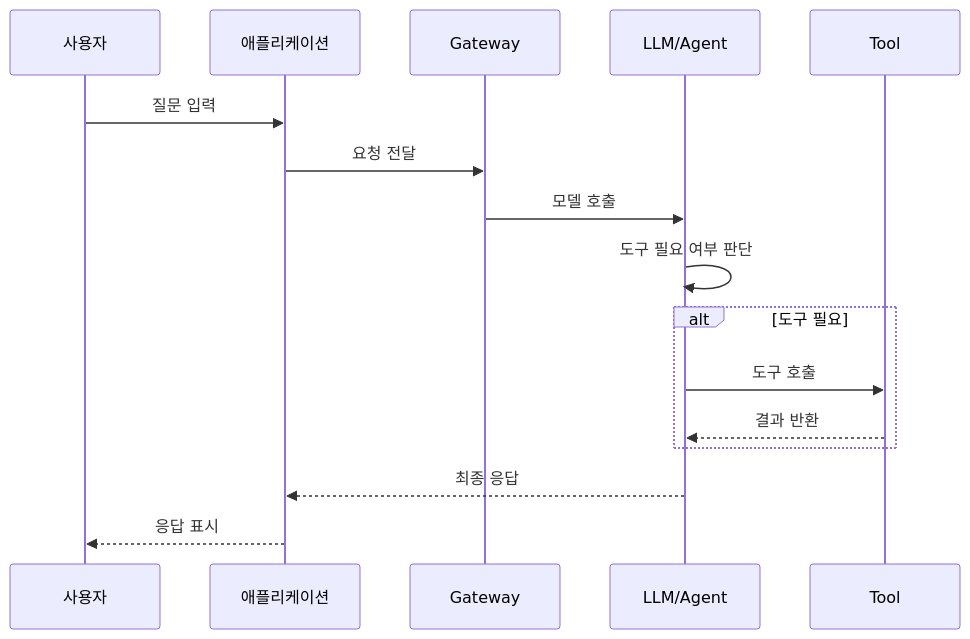
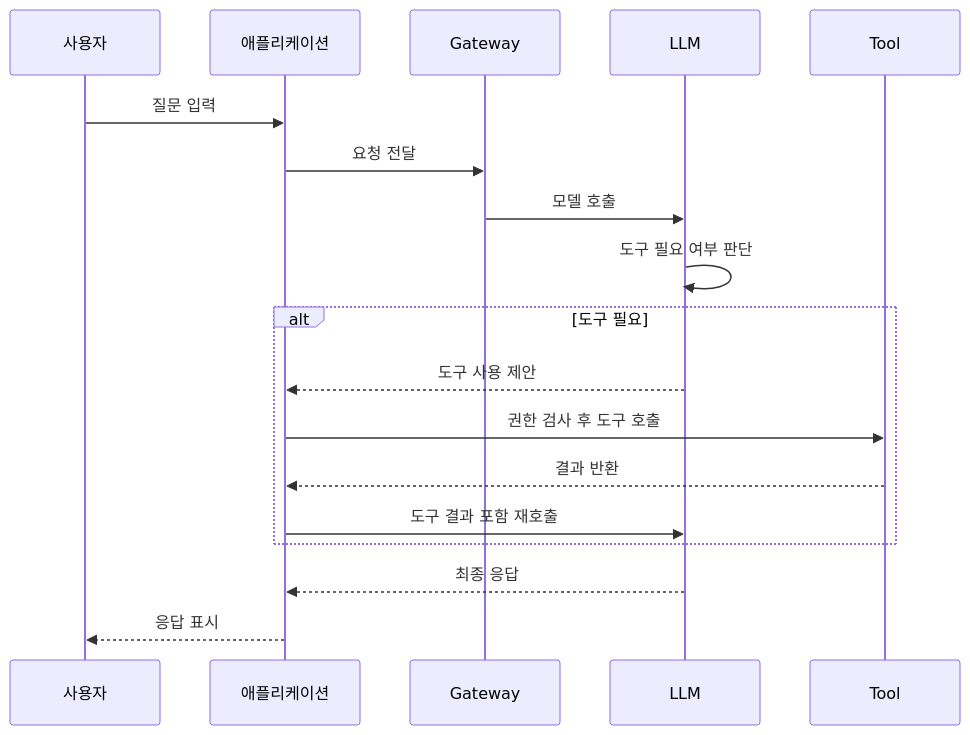
The fifth of 9 diagrams in ai_gateway_rag_memory_learning_book.md (dev-len/private-docs), drawn with Mermaid before and after one commit. The commit also changed other lines of this file, not shown here.

````diff
--- a/ai_gateway_rag_memory_learning_book.md
+++ b/ai_gateway_rag_memory_learning_book.md
@@ -474,19 +512,21 @@
 ```mermaid
 sequenceDiagram
     participant U as 사용자
     participant A as 애플리케이션
     participant G as Gateway
-    participant L as LLM/Agent
+    participant L as LLM
     participant T as Tool
 
     U->>A: 질문 입력
     A->>G: 요청 전달
     G->>L: 모델 호출
     L->>L: 도구 필요 여부 판단
     alt 도구 필요
-        L->>T: 도구 호출
-        T-->>L: 결과 반환
+        L-->>A: 도구 사용 제안
+        A->>T: 권한 검사 후 도구 호출
+        T-->>A: 결과 반환
+        A->>L: 도구 결과 포함 재호출
     end
     L-->>A: 최종 응답
     A-->>U: 응답 표시
 ```
````
